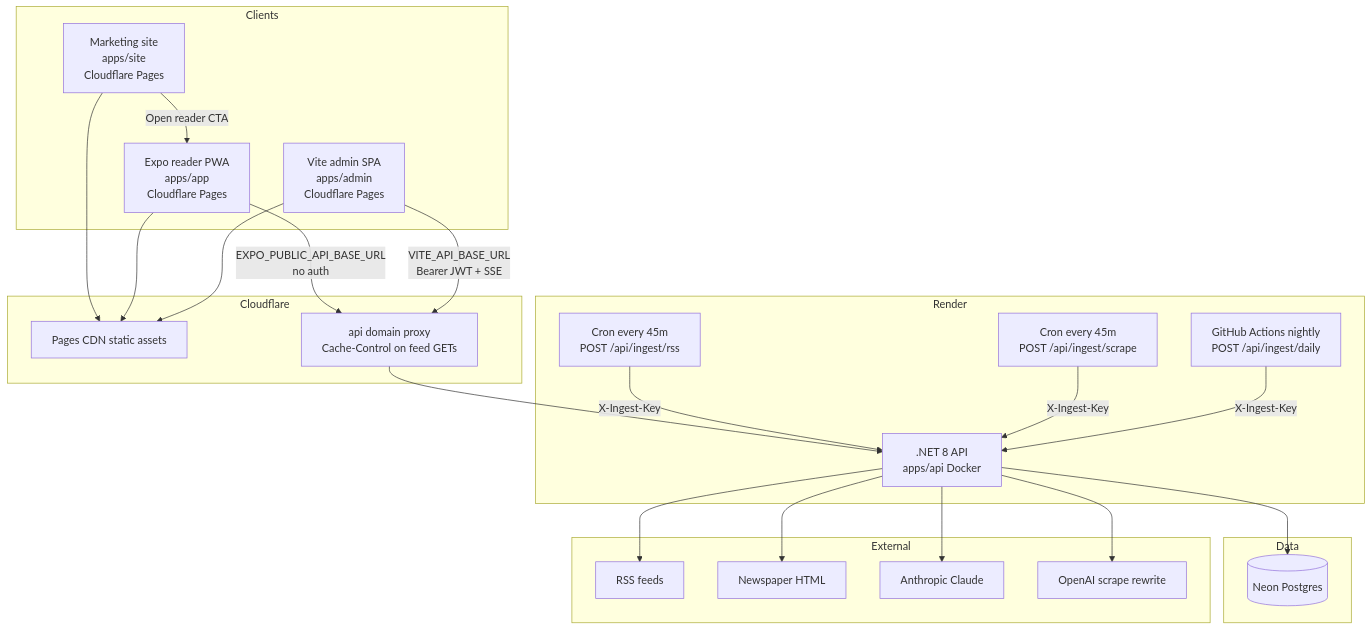
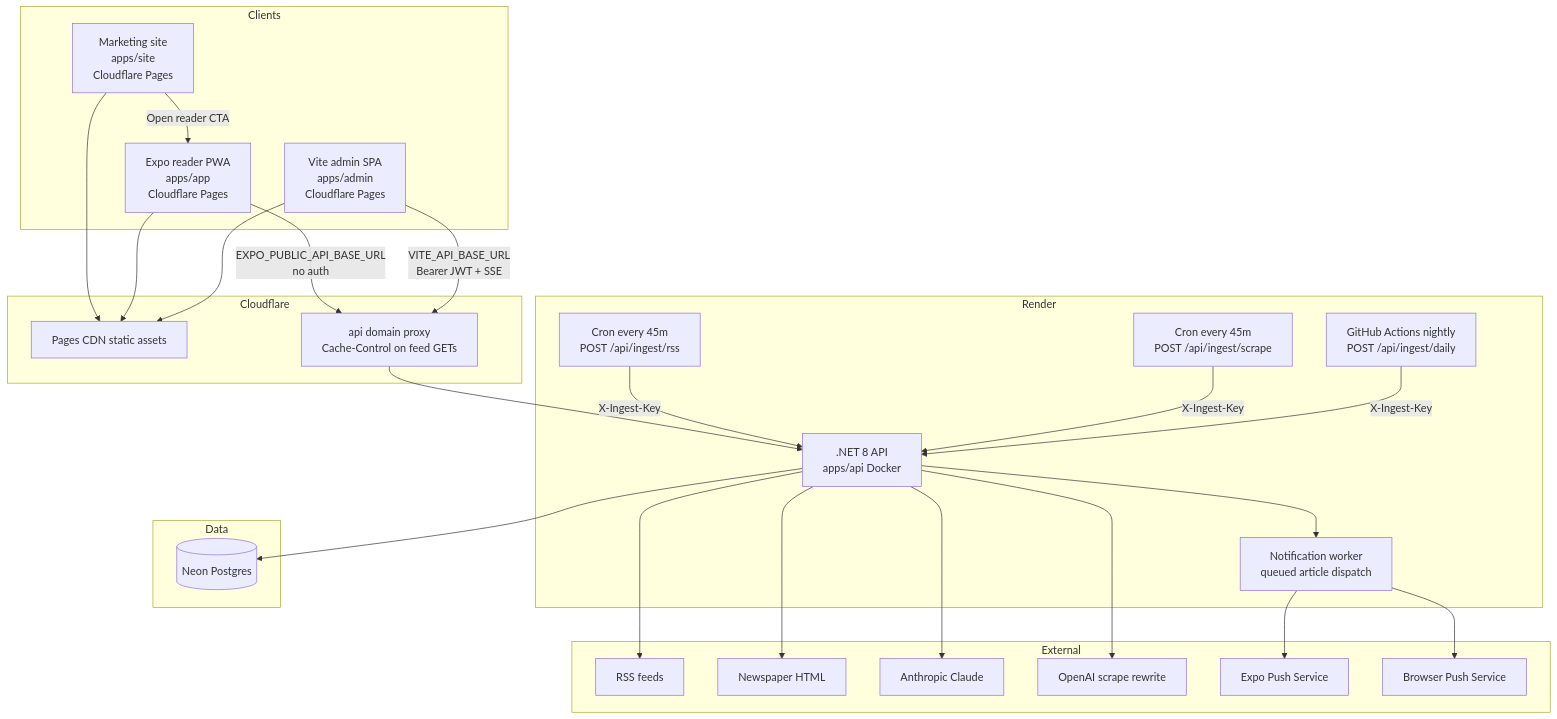
One commit to sshivanshg/TAZAkhabar changed the first of 3 diagrams in docs/architecture/00-system-overview.md. Above: the diagram before and after it, drawn with Mermaid. The commit also changed other lines of this file and 36 other files, not shown here.

````diff
--- a/docs/architecture/00-system-overview.md
+++ b/docs/architecture/00-system-overview.md
@@ -17,47 +17,53 @@
 ```mermaid
 flowchart TB
   subgraph clients [Clients]
     Site[Marketing site<br/>apps/site<br/>Cloudflare Pages]
     Reader[Expo reader PWA<br/>apps/app<br/>Cloudflare Pages]
     Admin[Vite admin SPA<br/>apps/admin<br/>Cloudflare Pages]
   end
 
   subgraph edge [Cloudflare]
     CDN[Pages CDN static assets]
     APICF[api domain proxy<br/>Cache-Control on feed GETs]
   end
 
   subgraph compute [Render]
     API[.NET 8 API<br/>apps/api Docker]
     CronRSS[Cron every 45m<br/>POST /api/ingest/rss]
     CronScrape[Cron every 45m<br/>POST /api/ingest/scrape]
     GHA[GitHub Actions nightly<br/>POST /api/ingest/daily]
+    Push[Notification worker<br/>queued article dispatch]
   end
 
   subgraph data [Data]
     Neon[(Neon Postgres)]
   end
 
   subgraph external [External]
     RSS[RSS feeds]
     HTML[Newspaper HTML]
     Claude[Anthropic Claude]
     OpenAI[OpenAI scrape rewrite]
+    Expo[Expo Push Service]
+    WebPush[Browser Push Service]
   end
 
   Site --> CDN
   Reader --> CDN
   Admin --> CDN
   Site -->|Open reader CTA| Reader
   Reader -->|EXPO_PUBLIC_API_BASE_URL<br/>no auth| APICF
   Admin -->|VITE_API_BASE_URL<br/>Bearer JWT + SSE| APICF
   APICF --> API
   CronRSS -->|X-Ingest-Key| API
   CronScrape -->|X-Ingest-Key| API
   GHA -->|X-Ingest-Key| API
   API --> Neon
   API --> RSS
   API --> HTML
   API --> Claude
   API --> OpenAI
+  API --> Push
+  Push --> Expo
+  Push --> WebPush
 ```
````
